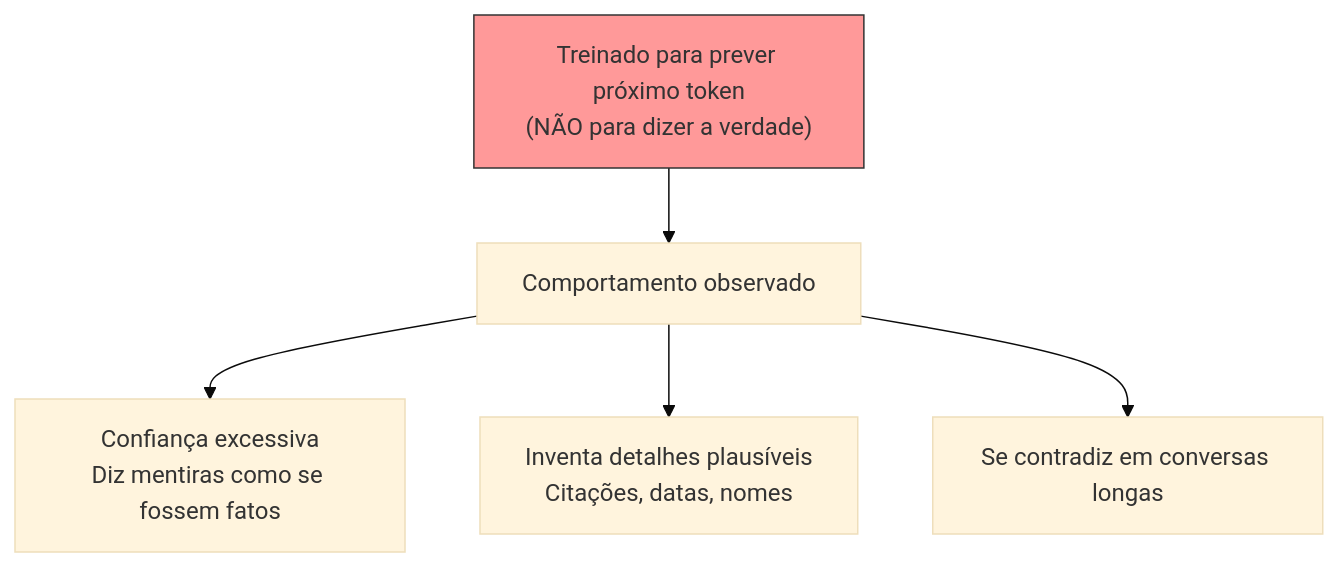
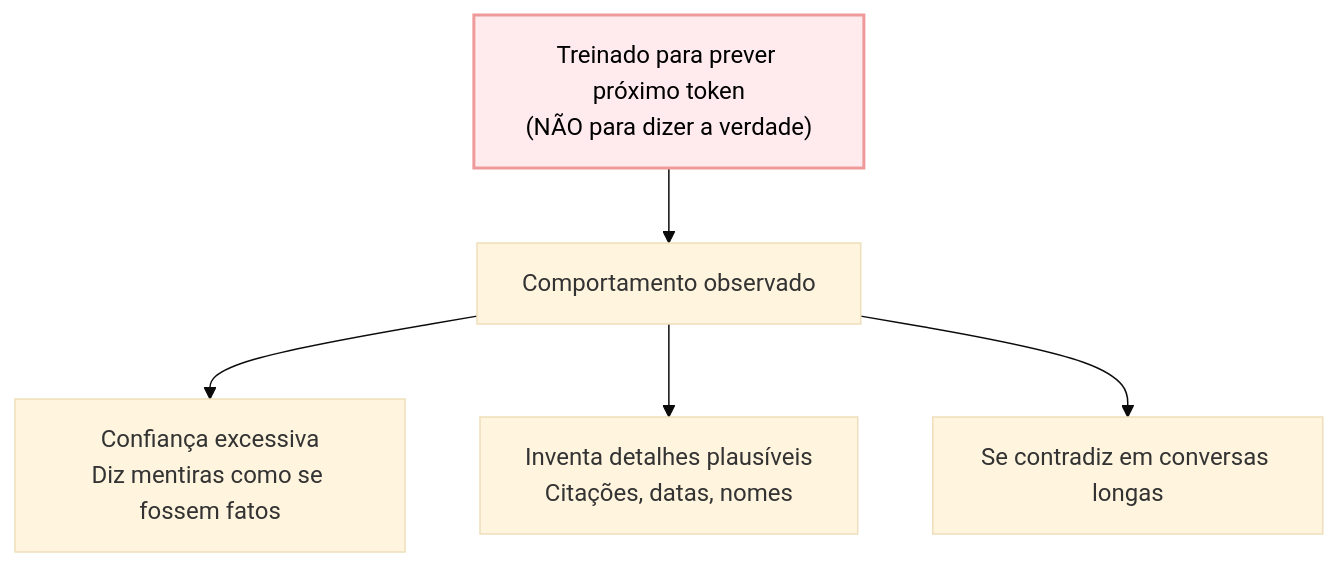
The second of 2 diagrams in modules/p0_fundamentals/MATERIAL.md (danilogmoura/applied-ai-agents), drawn with Mermaid (base theme) before and after one commit. The commit also changed other lines of this file, not shown here.

First line of the commit message:
docs(diagramas): padroniza cores hardcoded pela paleta pastel do curso

````diff
--- a/modules/p0_fundamentals/MATERIAL.md
+++ b/modules/p0_fundamentals/MATERIAL.md
@@ -311,10 +313,11 @@
 ```mermaid
 flowchart TD
     Treino["Treinado para prever próximo token\n(NÃO para dizer a verdade)"] --> Comportamento["Comportamento observado"]
     
     Comportamento --> Confianca["Confiança excessiva\nDiz mentiras como se fossem fatos"]
     Comportamento --> Inventao["Inventa detalhes plausíveis\nCitações, datas, nomes"]
     Comportamento --> Contradicao["Se contradiz em conversas longas"]
     
-    style Treino fill:#f99,stroke:#333
+    classDef warning fill:#ffebee,stroke:#ef9a9a,color:#000,stroke-width:2px
+    class Treino warning
 ```
````
